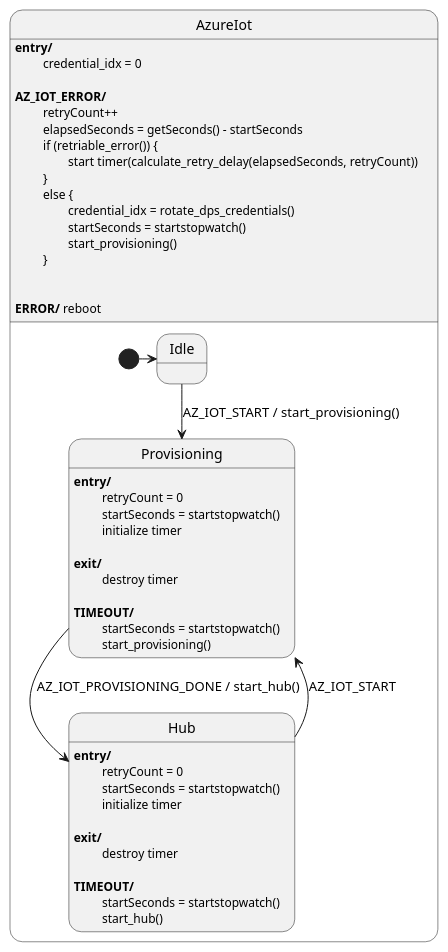
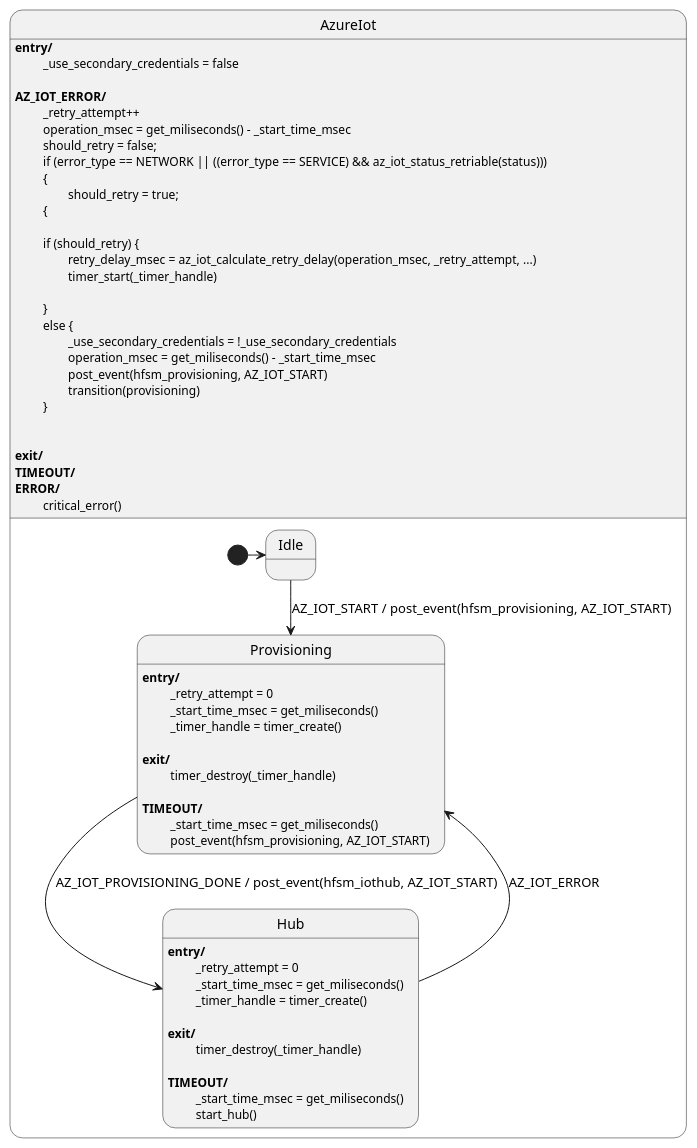
One commit to Azure-Samples/iot-middleware-freertos-samples changed the diagram in demos/common/hfsm/doc/iot_hfsm.puml. Above: the diagram before and after it, drawn with PlantUML. The commit also changed 3 other files, not shown here.

Commit message:
Updating PUML for dps+hub

```diff
--- a/demos/common/hfsm/doc/iot_hfsm.puml
+++ b/demos/common/hfsm/doc/iot_hfsm.puml
@@ -1,57 +1,69 @@
 @startuml Azure IoT HFSM
 
 state AzureIot {
     state Idle
     
     state Provisioning
     Provisioning: <b>entry/</b>
-    Provisioning : \t retryCount = 0
-    Provisioning : \t startSeconds = startstopwatch()
-    Provisioning : \t initialize timer
+    Provisioning : \t _retry_attempt = 0
+    Provisioning : \t _start_time_msec = get_miliseconds()
+    Provisioning : \t _timer_handle = timer_create()
     Provisioning :
     Provisioning : <b>exit/</b>
-    Provisioning : \t destroy timer
+    Provisioning : \t timer_destroy(_timer_handle)
     Provisioning :
     Provisioning : <b>TIMEOUT/</b>
-    Provisioning :  \t startSeconds = startstopwatch()
-    Provisioning : \t start_provisioning()
+    Provisioning : \t _start_time_msec = get_miliseconds()
+    Provisioning : \t post_event(hfsm_provisioning, AZ_IOT_START)
 
     state Hub
     Hub : <b>entry/</b>
-    Hub : \t retryCount = 0
-    Hub : \t startSeconds = startstopwatch()
-    Hub : \t initialize timer
+    Hub : \t _retry_attempt = 0
+    Hub : \t _start_time_msec = get_miliseconds()
+    Hub : \t _timer_handle = timer_create()
     Hub :
     Hub : <b>exit/</b>
-    Hub : \t destroy timer
+    Hub : \t timer_destroy(_timer_handle)
     Hub : 
     Hub : <b>TIMEOUT/</b>
-    Hub : \t startSeconds = startstopwatch()
+    Hub : \t _start_time_msec = get_miliseconds()
     Hub : \t start_hub()
     
     [*] -> Idle
-    Idle --> Provisioning : AZ_IOT_START / start_provisioning()
-    Provisioning --> Hub : AZ_IOT_PROVISIONING_DONE / start_hub()
+    Idle --> Provisioning : AZ_IOT_START / post_event(hfsm_provisioning, AZ_IOT_START)
+    Provisioning --> Hub : AZ_IOT_PROVISIONING_DONE / post_event(hfsm_iothub, AZ_IOT_START)
 
-    Hub -> Provisioning : AZ_IOT_START
+    Hub -> Provisioning : AZ_IOT_ERROR
 }
 
 AzureIot : <b>entry/</b> 
-AzureIot : \t credential_idx = 0
+AzureIot : \t _use_secondary_credentials = false
 AzureIot :
 AzureIot : <b>AZ_IOT_ERROR/</b>
-AzureIot :  \t retryCount++
-AzureIot :  \t elapsedSeconds = getSeconds() - startSeconds
-AzureIot : \t if (retriable_error()) {
-AzureIot : \t\t start timer(calculate_retry_delay(elapsedSeconds, retryCount))
+AzureIot : \t _retry_attempt++
+AzureIot : \t operation_msec = get_miliseconds() - _start_time_msec
+AzureIot : \t should_retry = false;
+AzureIot : \t if (error_type == NETWORK || ((error_type == SERVICE) && az_iot_status_retriable(status)))
+AzureIot : \t {
+AzureIot : \t\t should_retry = true;
+AzureIot : \t {
+AzureIot: 
+AzureIot : \t if (should_retry) {
+AzureIot : \t\t retry_delay_msec = az_iot_calculate_retry_delay(operation_msec, _retry_attempt, ...)
+AzureIot : \t\t timer_start(_timer_handle)
+AzureIot : \t\t
 AzureIot : \t }
 AzureIot : \t else {
-AzureIot : \t\t credential_idx = rotate_dps_credentials()
-AzureIot:  \t\t startSeconds = startstopwatch()
-AzureIot : \t\t start_provisioning()
+AzureIot : \t\t _use_secondary_credentials = !_use_secondary_credentials
+AzureIot:  \t\t operation_msec = get_miliseconds() - _start_time_msec
+AzureIot : \t\t post_event(hfsm_provisioning, AZ_IOT_START)
+AzureIot : \t\t transition(provisioning)
 AzureIot : \t }
 AzureIot :
 AzureIot :
-AzureIot : <b>ERROR/</b> reboot
+AzureIot : <b>exit/</b>
+AzureIot : <b>TIMEOUT/</b>
+AzureIot : <b>ERROR/</b>
+AzureIot : \t critical_error()
 
 @enduml
```
